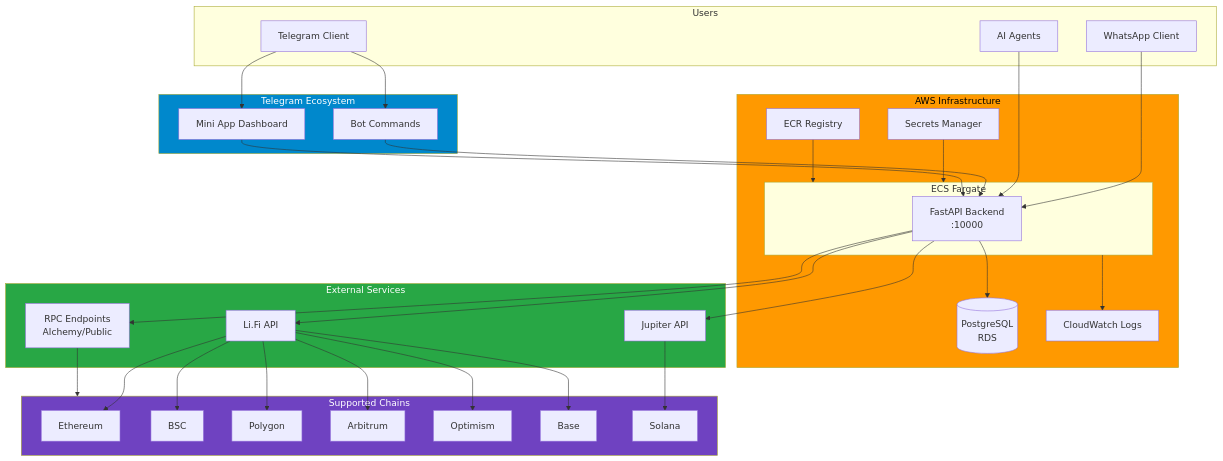
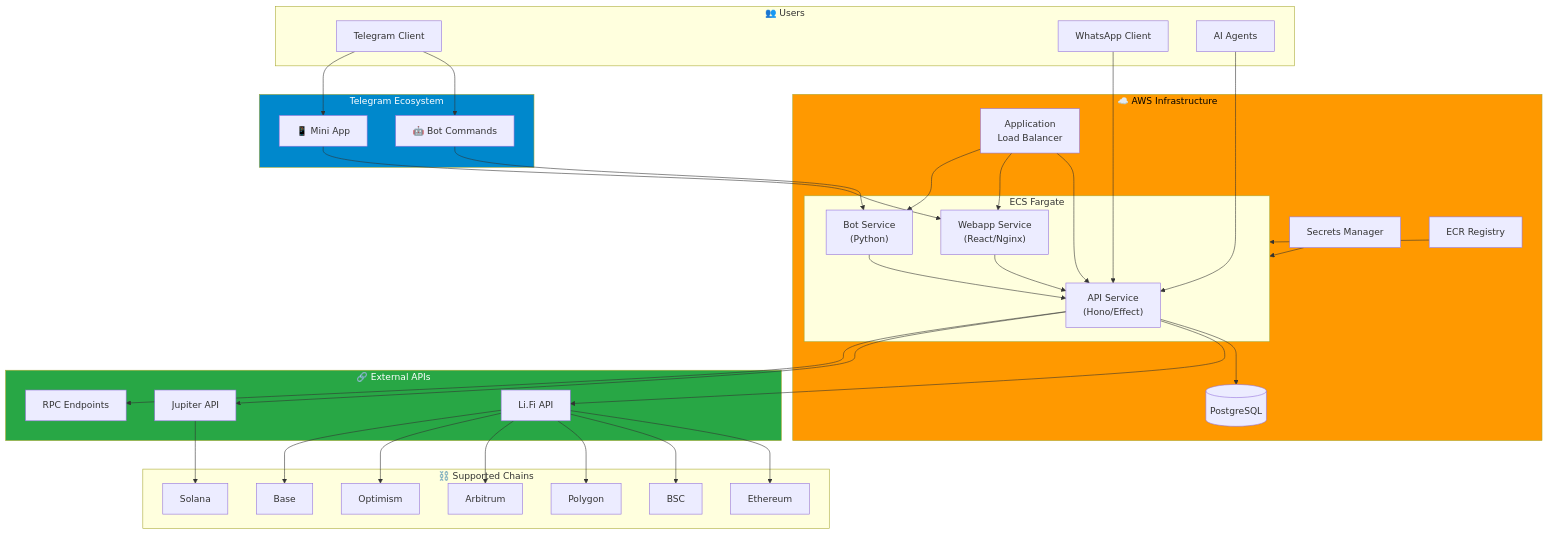
Before and after one commit to 0xSoftBoi/suwappubot: the second of 5 diagrams in README.md, drawn with Mermaid. The commit also changed other lines of this file, not shown here.

Commit message:
docs: update main README with mermaid diagrams and linked docs

````diff
--- a/README.md
+++ b/README.md
@@ -168,64 +70,63 @@
 ```mermaid
 flowchart TB
-    subgraph Users["Users"]
+    subgraph Users["👥 Users"]
         TG["Telegram Client"]
         WA["WhatsApp Client"]
         Agent["AI Agents"]
     end
 
     subgraph TelegramEco["Telegram Ecosystem"]
-        Bot["Bot Commands"]
-        MiniApp["Mini App Dashboard"]
+        Bot["🤖 Bot Commands"]
+        MiniApp["📱 Mini App"]
     end
 
-    subgraph Infrastructure["AWS Infrastructure"]
+    subgraph AWS["☁️ AWS Infrastructure"]
         subgraph ECS["ECS Fargate"]
-            API["FastAPI Backend<br/>:10000"]
+            APIService["API Service\n(Hono/Effect)"]
+            WebService["Webapp Service\n(React/Nginx)"]
+            BotService["Bot Service\n(Python)"]
         end
-        RDS[(PostgreSQL<br/>RDS)]
+        
+        ALB["Application\nLoad Balancer"]
+        RDS[(PostgreSQL)]
+        SM["Secrets Manager"]
         ECR["ECR Registry"]
-        SM["Secrets Manager"]
-        CW["CloudWatch Logs"]
     end
 
-    subgraph External["External Services"]
+    subgraph External["🔗 External APIs"]
         LiFi["Li.Fi API"]
         Jupiter["Jupiter API"]
-        RPCs["RPC Endpoints<br/>Alchemy/Public"]
+        RPCs["RPC Endpoints"]
     end
 
-    subgraph Chains["Supported Chains"]
+    subgraph Chains["⛓️ Supported Chains"]
         ETH["Ethereum"]
         BSC["BSC"]
         POLY["Polygon"]
         ARB["Arbitrum"]
         OPT["Optimism"]
         BASE["Base"]
         SOL["Solana"]
     end
 
-    TG --> Bot
-    TG --> MiniApp
-    WA --> API
-    Agent --> API
+    TG --> Bot & MiniApp
+    WA --> APIService
+    Agent --> APIService
 
-    Bot --> API
-    MiniApp --> API
+    Bot --> BotService --> APIService
+    MiniApp --> WebService
+    WebService --> APIService
 
-    API --> RDS
-    API --> LiFi
-    API --> Jupiter
-    API --> RPCs
+    ALB --> APIService & WebService & BotService
+    APIService --> RDS
+    APIService --> LiFi & Jupiter & RPCs
     SM --> ECS
     ECR --> ECS
-    ECS --> CW
 
     LiFi --> ETH & BSC & POLY & ARB & OPT & BASE
     Jupiter --> SOL
-    RPCs --> Chains
 
-    style Infrastructure fill:#ff9900,color:#000
+    style AWS fill:#ff9900,color:#000
     style TelegramEco fill:#0088cc,color:#fff
     style External fill:#28a745,color:#fff
-    style Chains fill:#6f42c1,color:#fff
 ```
````
